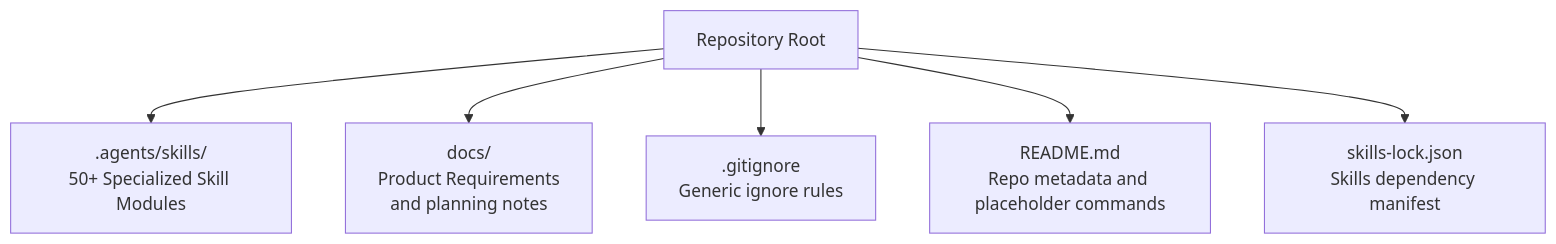
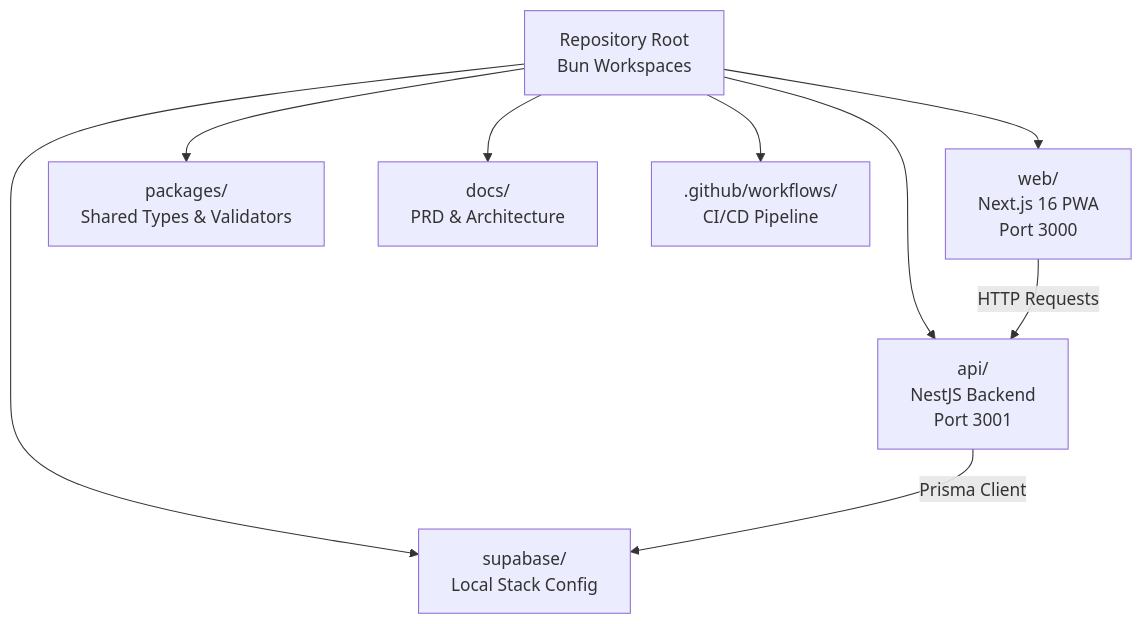
One commit to epo33m/scheduling changed the diagram in .qoder/repowiki/en/content/Development Setup Guide/Development Setup Guide.md. Above: the diagram before and after it, drawn with Mermaid. The commit also changed other lines of this file and 50 other files, not shown here.

````diff
--- a/.qoder/repowiki/en/content/Development Setup Guide/Development Setup Guide.md
+++ b/.qoder/repowiki/en/content/Development Setup Guide/Development Setup Guide.md
@@ -50,14 +74,18 @@
 ```mermaid
 graph TB
-Root["Repository Root"]
-AgentsSkills[".agents/skills/<BR/>50+ Specialized Skill Modules"]
-Docs["docs/<BR/>Product Requirements<br/>and planning notes"]
-GitIgnore[".gitignore<BR/>Generic ignore rules"]
-Readme["README.md<BR/>Repo metadata and placeholder commands"]
-SkillsLock["skills-lock.json<BR/>Skills dependency manifest"]
-Root --> AgentsSkills
+Root["Repository Root<br/>Bun Workspaces"]
+Web["web/<BR/>Next.js 16 PWA<br/>Port 3000"]
+Api["api/<BR/>NestJS Backend<br/>Port 3001"]
+Packages["packages/<BR/>Shared Types & Validators"]
+Supabase["supabase/<BR/>Local Stack Config"]
+Docs["docs/<BR/>PRD & Architecture"]
+CI[".github/workflows/<BR/>CI/CD Pipeline"]
+Root --> Web
+Root --> Api
+Root --> Packages
+Root --> Supabase
 Root --> Docs
-Root --> GitIgnore
-Root --> Readme
-Root --> SkillsLock
+Root --> CI
+Web --> |"HTTP Requests"| Api
+Api --> |"Prisma Client"| Supabase
 ```
````
